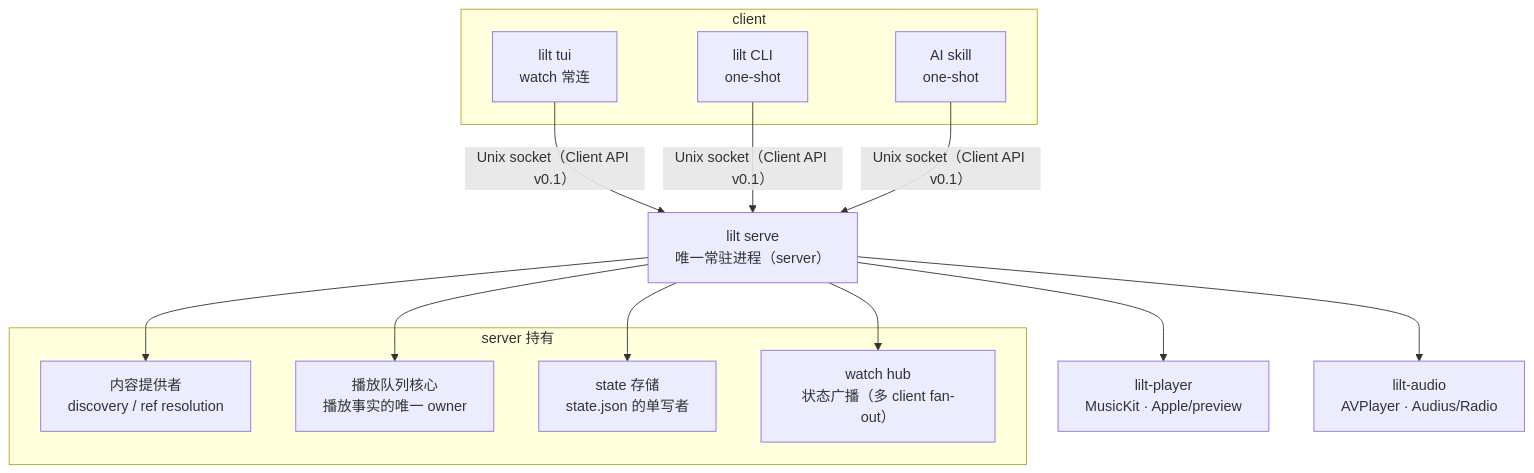
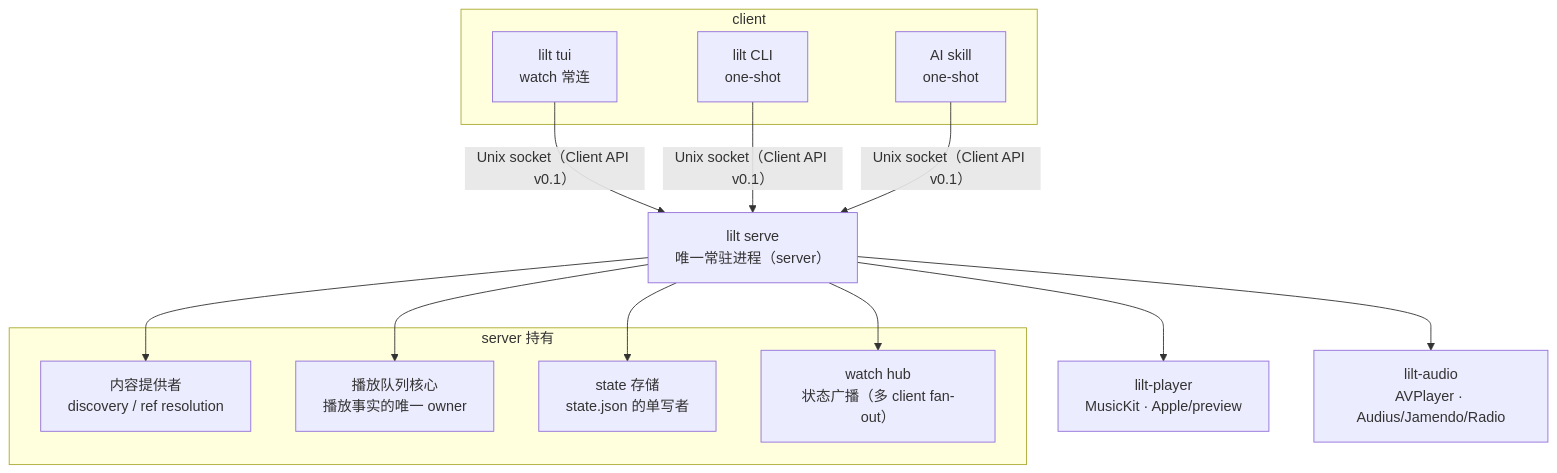
The diagram in docs/architecture.md (3-tiao/lilt), drawn with Mermaid before and after one commit. The commit also changed other lines of this file and 52 other files, not shown here.

First line of the commit message:
fix: 收口六条契约与 schema/错误码一致性

````diff
--- a/docs/architecture.md
+++ b/docs/architecture.md
@@ -19,29 +20,29 @@
 ```mermaid
 flowchart TB
     subgraph Clients[client]
         TUI["lilt tui<br/>watch 常连"]
         CLI["lilt CLI<br/>one-shot"]
         Skill["AI skill<br/>one-shot"]
     end
 
     Server["lilt serve<br/>唯一常驻进程（server）"]
     TUI -->|"Unix socket（Client API v0.1）"| Server
     CLI -->|"Unix socket（Client API v0.1）"| Server
     Skill -->|"Unix socket（Client API v0.1）"| Server
 
     subgraph Owned[server 持有]
         Providers["内容提供者<br/>discovery / ref resolution"]
         Queue["播放队列核心<br/>播放事实的唯一 owner"]
         State["state 存储<br/>state.json 的单写者"]
         Watch["watch hub<br/>状态广播（多 client fan-out）"]
     end
     Server --> Providers
     Server --> Queue
     Server --> State
     Server --> Watch
 
     Player["lilt-player<br/>MusicKit · Apple/preview"]
-    Audio["lilt-audio<br/>AVPlayer · Audius/Radio"]
+    Audio["lilt-audio<br/>AVPlayer · Audius/Jamendo/Radio"]
     Server --> Player
     Server --> Audio
 ```
````
